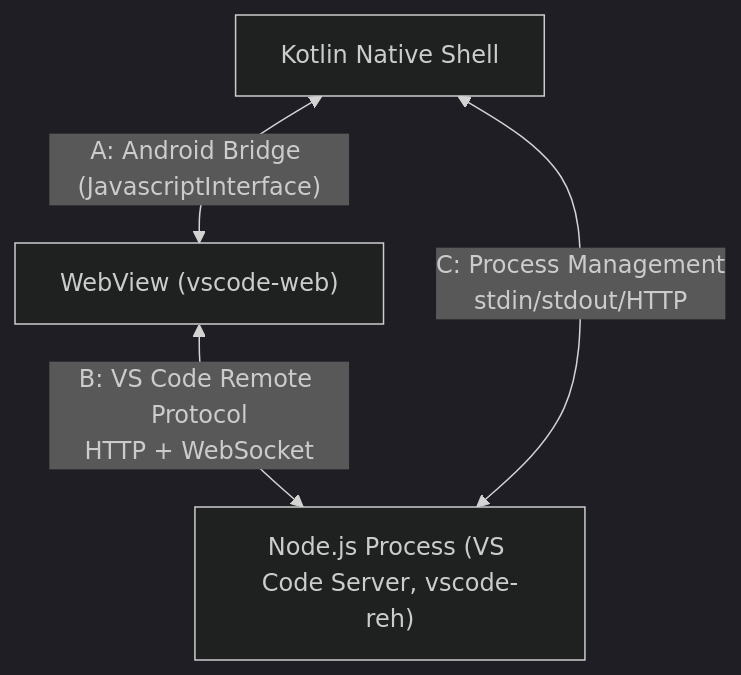
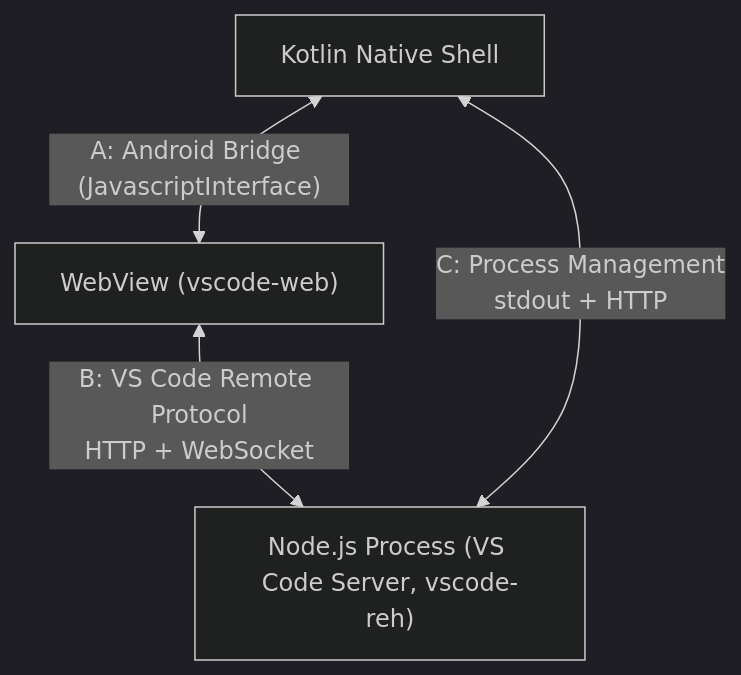
The first of 3 diagrams in docs/05-API_SPEC.md (rmyndharis/VSCodroid), drawn with Mermaid (dark theme) before and after one commit. The commit also changed other lines of this file, not shown here.

````diff
--- a/docs/05-API_SPEC.md
+++ b/docs/05-API_SPEC.md
@@ -13,6 +13,6 @@
 ```mermaid
 flowchart TD
   K["Kotlin Native Shell"] <--> |"A: Android Bridge (JavascriptInterface)"| W["WebView (vscode-web)"]
   W <--> |"B: VS Code Remote Protocol<br/>HTTP + WebSocket"| N["Node.js Process (VS Code Server, vscode-reh)"]
-  K <--> |"C: Process Management<br/>stdin/stdout/HTTP"| N
+  K <--> |"C: Process Management<br/>stdout + HTTP"| N
 ```
````
